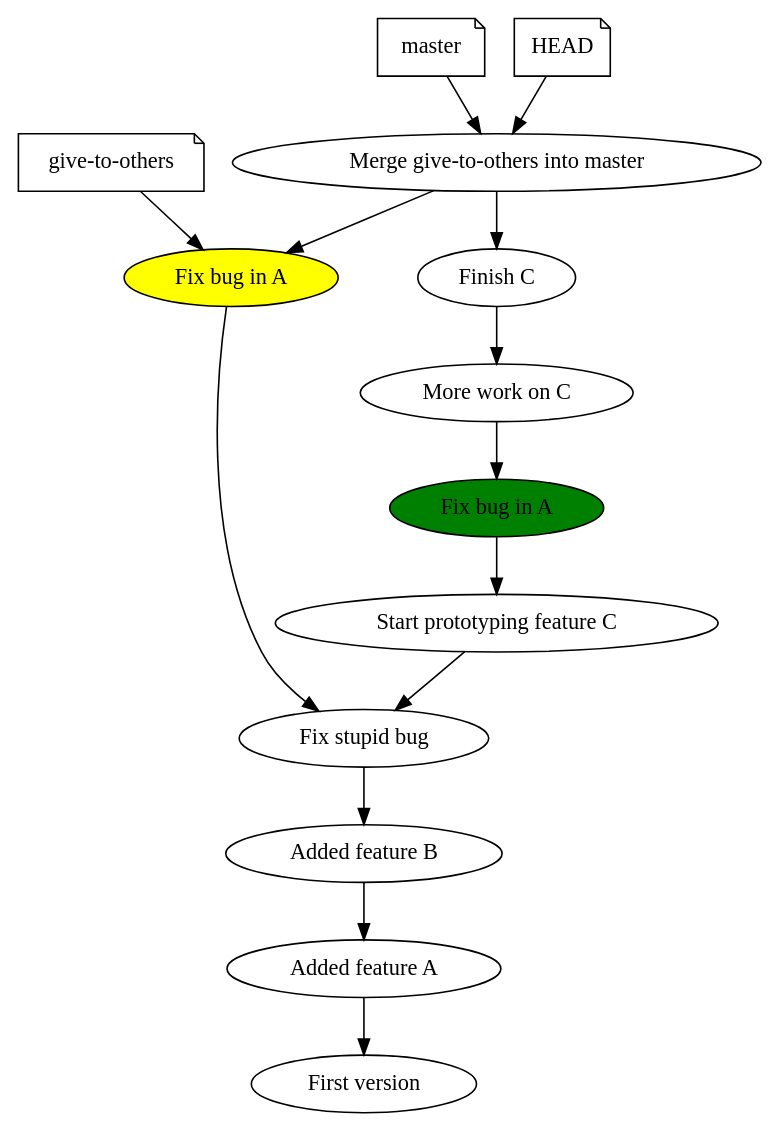
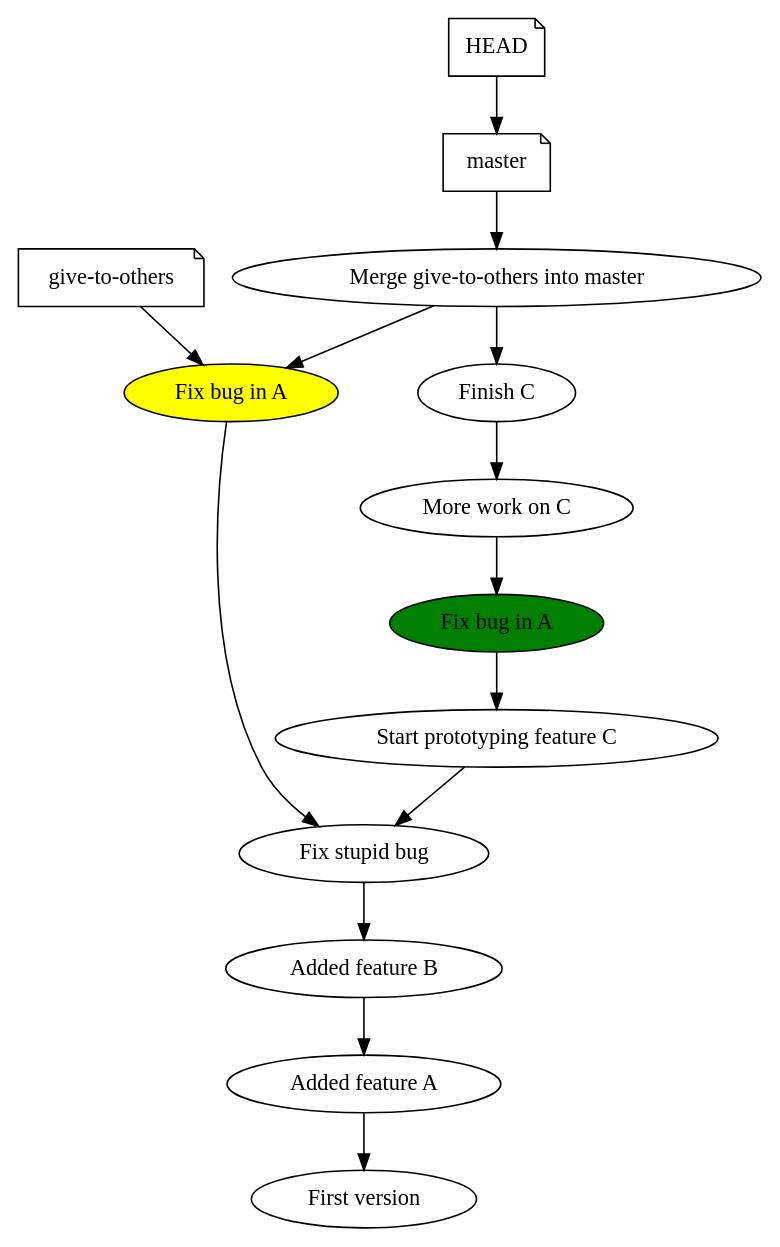
The diagram in single_dude3.dot (rjw57/do-you-git-it), drawn with Graphviz before and after one commit. The commit also changed 9 other files, not shown here.

```diff
--- a/single_dude3.dot
+++ b/single_dude3.dot
@@ -1,20 +1,20 @@
 digraph single_dude {
     "give-to-others" [ shape=note ];
     "master" [ shape=note ];
 
     "HEAD" [ shape=note ];
 
     c1 [ label = "Fix bug in A", style=filled, fillcolor=green ];
     c2 [ label = "Fix bug in A", style=filled, fillcolor=yellow ];
     merge [ label = "Merge give-to-others into master" ];
 
     "Finish C" -> "More work on C" -> c1 -> "Start prototyping feature C" -> "Fix stupid bug" -> "Added feature B" -> "Added feature A" -> "First version";
     c2 -> "Fix stupid bug";
 
     merge -> "Finish C";
     merge -> c2;
 
-    "HEAD" -> merge;
+    "HEAD" -> "master";
     "master" -> merge;
     "give-to-others" -> c2;
 }
```
